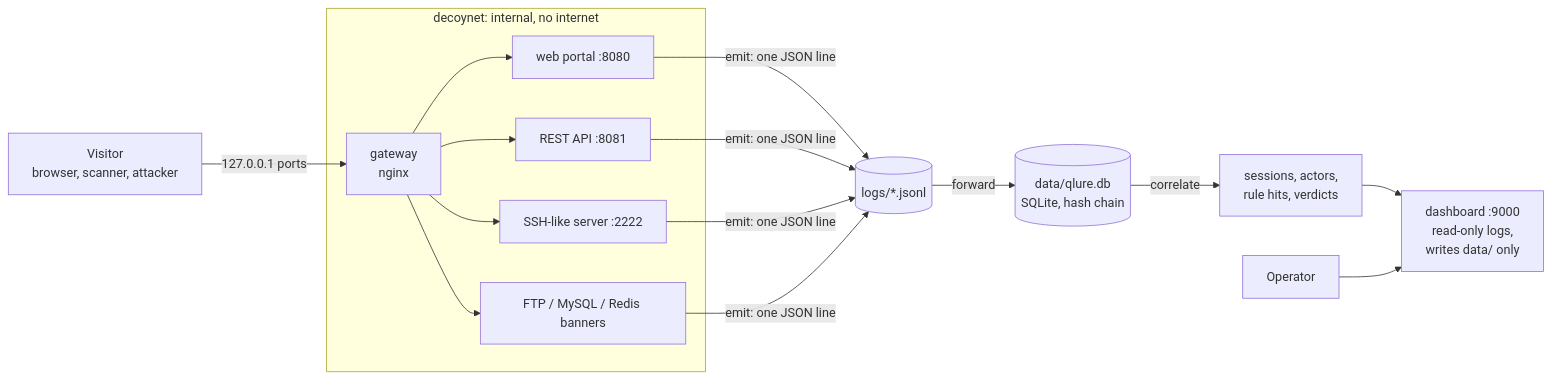
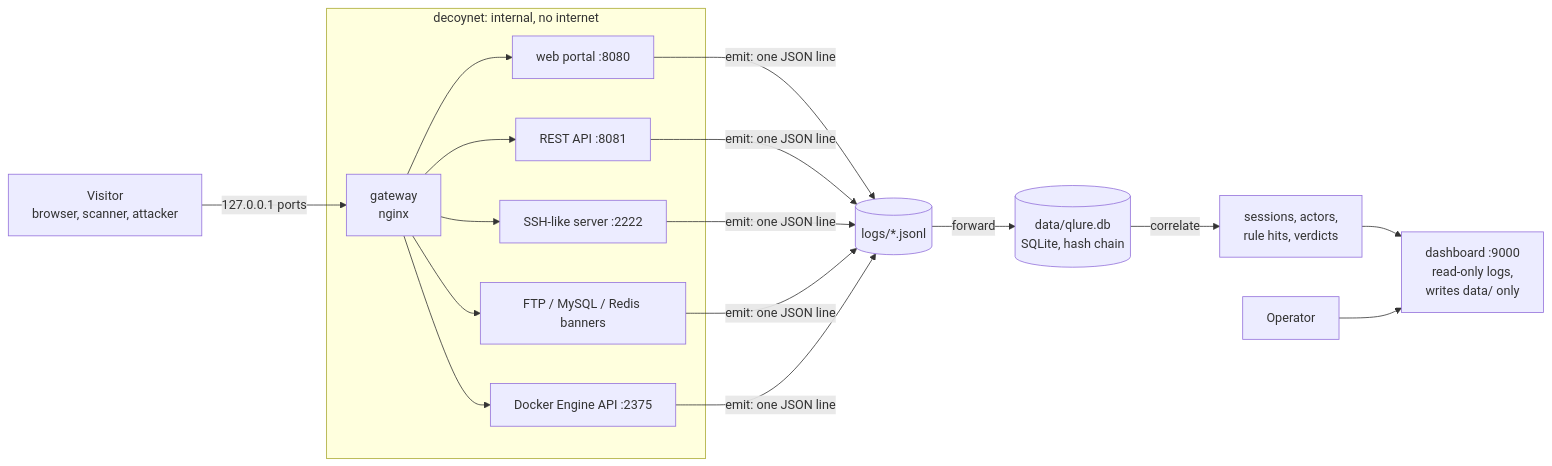
One commit to itzz-inbathamizhanS/QLure changed the diagram in docs/architecture/01-overview.md. Above: the diagram before and after it, drawn with Mermaid. The commit also changed other lines of this file and 12 other files, not shown here.

Commit message:
Docs: Phase 3 and 4 features, export downloads, retention and alerts, known limits, roadmap status (checkpoint)

````diff
--- a/docs/architecture/01-overview.md
+++ b/docs/architecture/01-overview.md
@@ -10,15 +10,16 @@
 ```mermaid
 flowchart LR
     V[Visitor<br/>browser, scanner, attacker] -->|127.0.0.1 ports| G[gateway<br/>nginx]
     subgraph decoynet [decoynet: internal, no internet]
         G --> W[web portal :8080]
         G --> A[REST API :8081]
         G --> S[SSH-like server :2222]
         G --> B[FTP / MySQL / Redis banners]
+        G --> K[Docker Engine API :2375]
     end
-    W & A & S & B -->|emit: one JSON line| L[(logs/*.jsonl)]
+    W & A & S & B & K -->|emit: one JSON line| L[(logs/*.jsonl)]
     L -->|forward| DB[(data/qlure.db<br/>SQLite, hash chain)]
     DB -->|correlate| F[sessions, actors,<br/>rule hits, verdicts]
     F --> D[dashboard :9000<br/>read-only logs,<br/>writes data/ only]
     O[Operator] --> D
 ```
````
